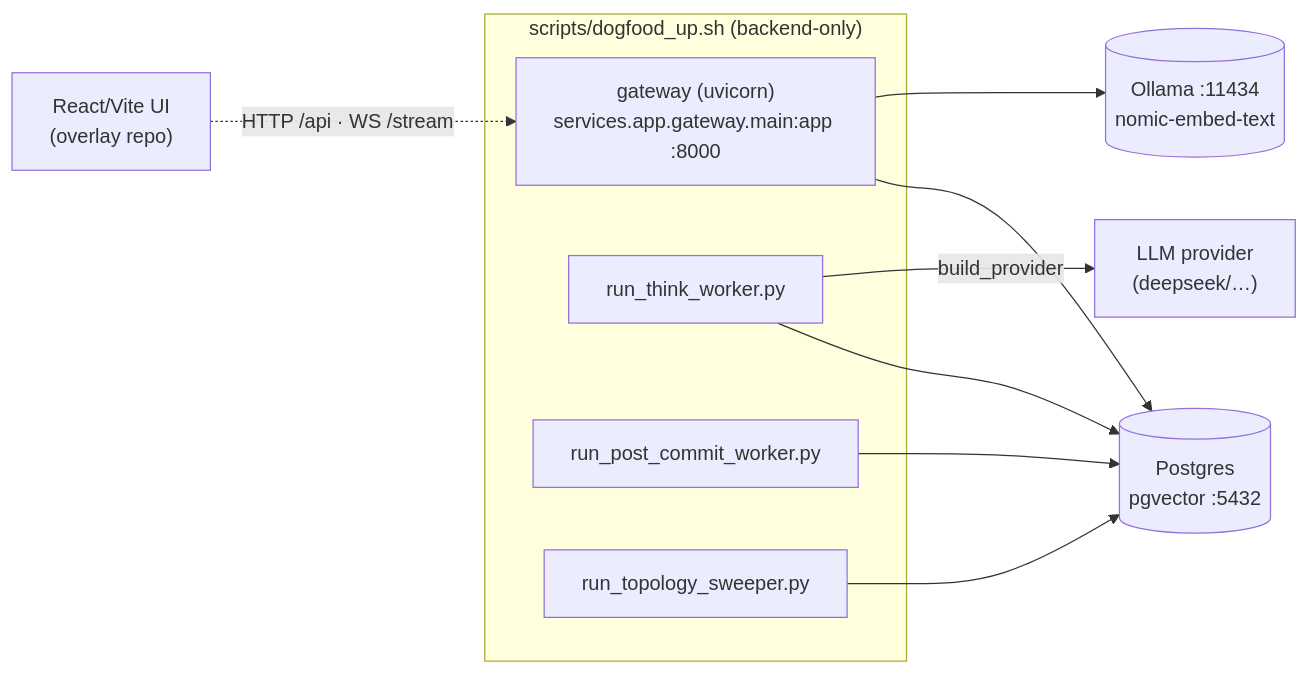
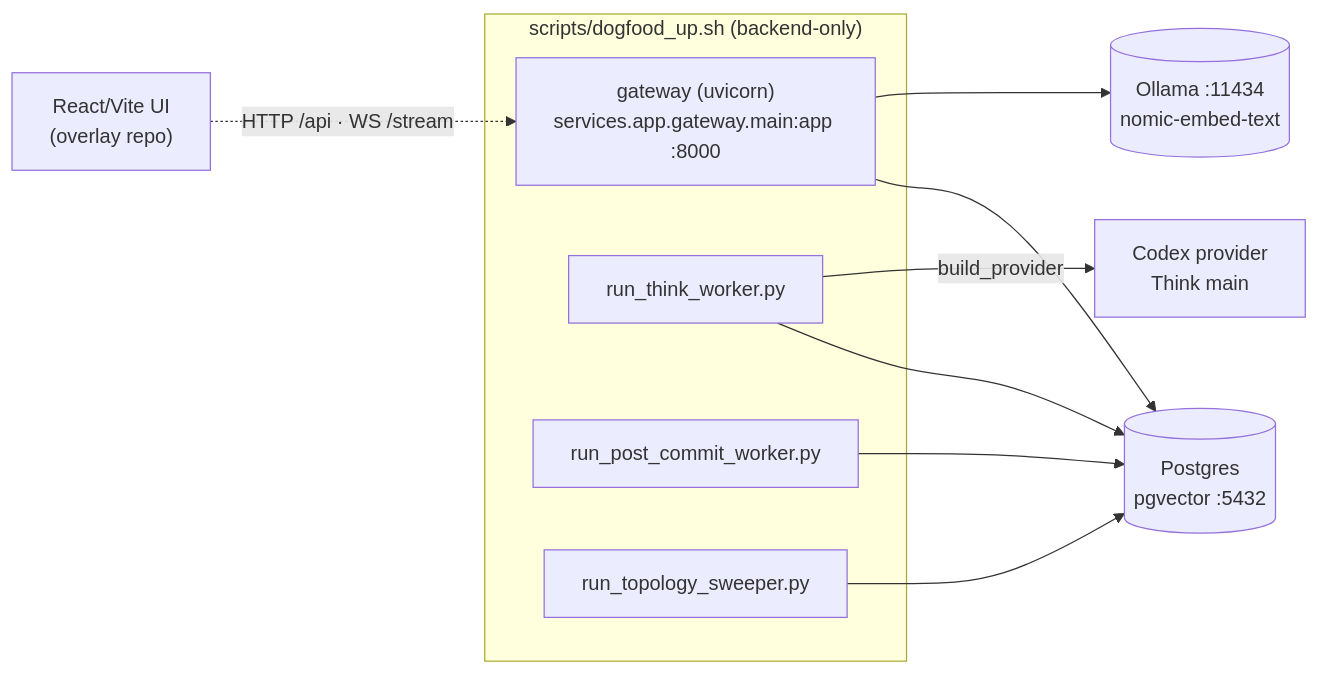
One commit to Fyralisinc/fyraliscore changed diagram 12 of 13 in docs/reference/FYRALIS.md. Above: the diagram before and after it, drawn with Mermaid. The commit also changed other lines of this file and 76 other files, not shown here.

````diff
--- a/docs/reference/FYRALIS.md
+++ b/docs/reference/FYRALIS.md
@@ -1305,18 +1305,18 @@
 ```mermaid
 flowchart LR
   pg[("Postgres<br/>pgvector :5432")]
   ol[("Ollama :11434<br/>nomic-embed-text")]
   subgraph dogfood["scripts/dogfood_up.sh (backend-only)"]
     gw["gateway (uvicorn)<br/>services.app.gateway.main:app :8000"]
     tw["run_think_worker.py"]
     pc["run_post_commit_worker.py"]
     ts["run_topology_sweeper.py"]
   end
   ui["React/Vite UI<br/>(overlay repo)"]
   gw --> pg & ol
   tw --> pg
   pc --> pg
   ts --> pg
   ui -. "HTTP /api · WS /stream" .-> gw
-  tw -->|build_provider| llm["LLM provider<br/>(deepseek/…)"]
+  tw -->|build_provider| llm["Codex provider<br/>Think main"]
 ```
````
